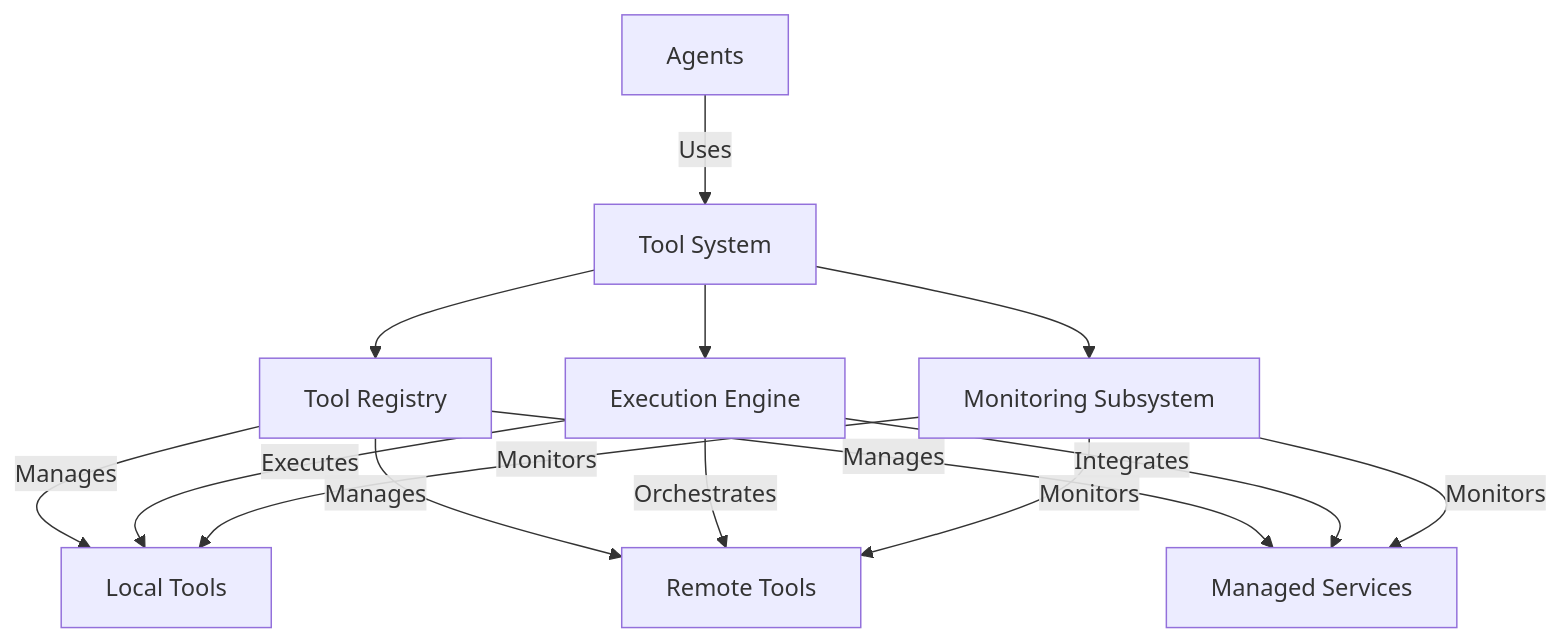
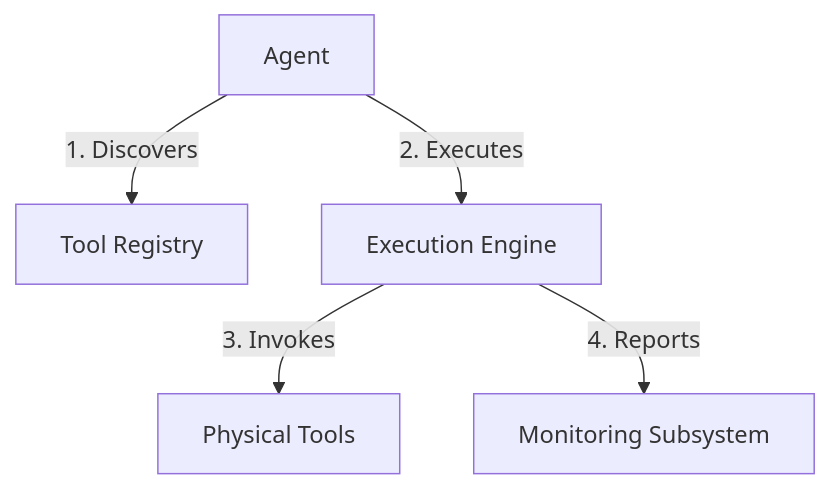
The first of 2 diagrams in docs/tool-system.md (dustland/roboco), drawn with Mermaid before and after one commit. The commit also changed other lines of this file and 7 other files, not shown here.

Commit message:
feat: migrate to autogen 0.9.2 and refactor system architecture docs

````diff
--- a/docs/tool-system.md
+++ b/docs/tool-system.md
@@ -51,19 +39,7 @@
 ```mermaid
 graph TD
-    A[Agents] -->|Uses| B[Tool System]
-    B --> C[Tool Registry]
-    B --> D[Execution Engine]
-    B --> E[Monitoring Subsystem]
-    
-    C -->|Manages| F[Local Tools]
-    C -->|Manages| G[Remote Tools]
-    C -->|Manages| H[Managed Services]
-    
-    D -->|Executes| F
-    D -->|Orchestrates| G
-    D -->|Integrates| H
-    
-    E -->|Monitors| F
-    E -->|Monitors| G
-    E -->|Monitors| H
+    A[Agent] -->|1. Discovers| R[Tool Registry]
+    A -->|2. Executes| E[Execution Engine]
+    E -->|3. Invokes| T[Physical Tools]
+    E -->|4. Reports| M[Monitoring Subsystem]
 ```
````
